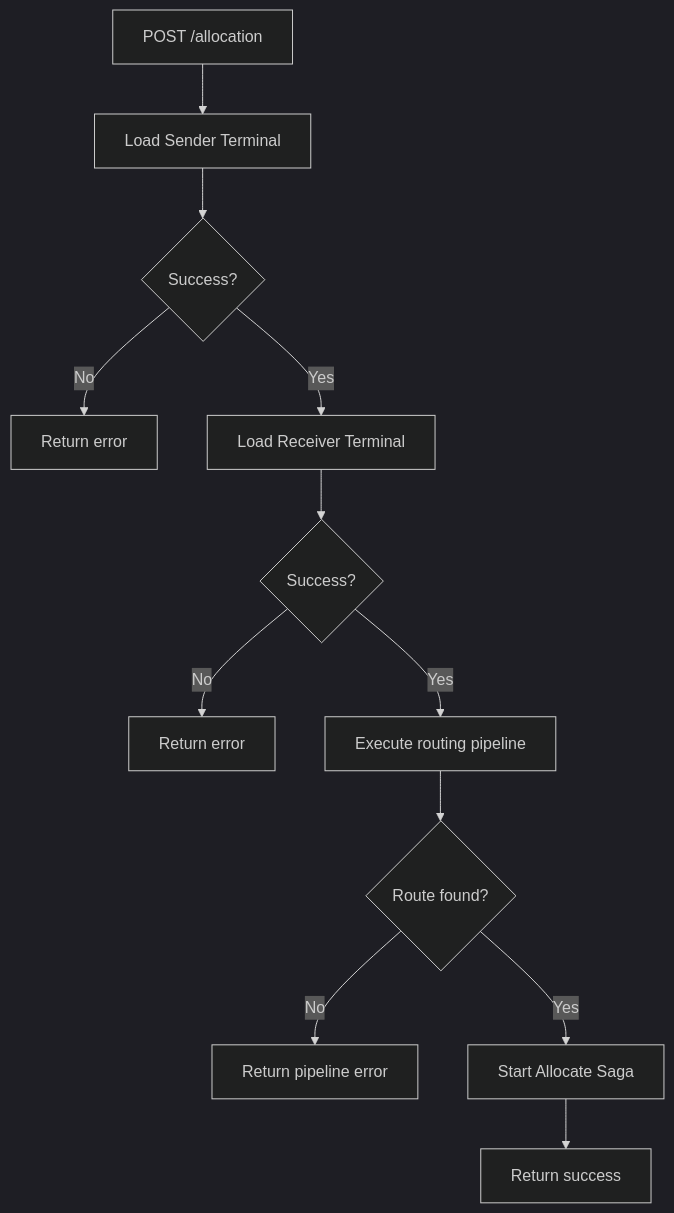
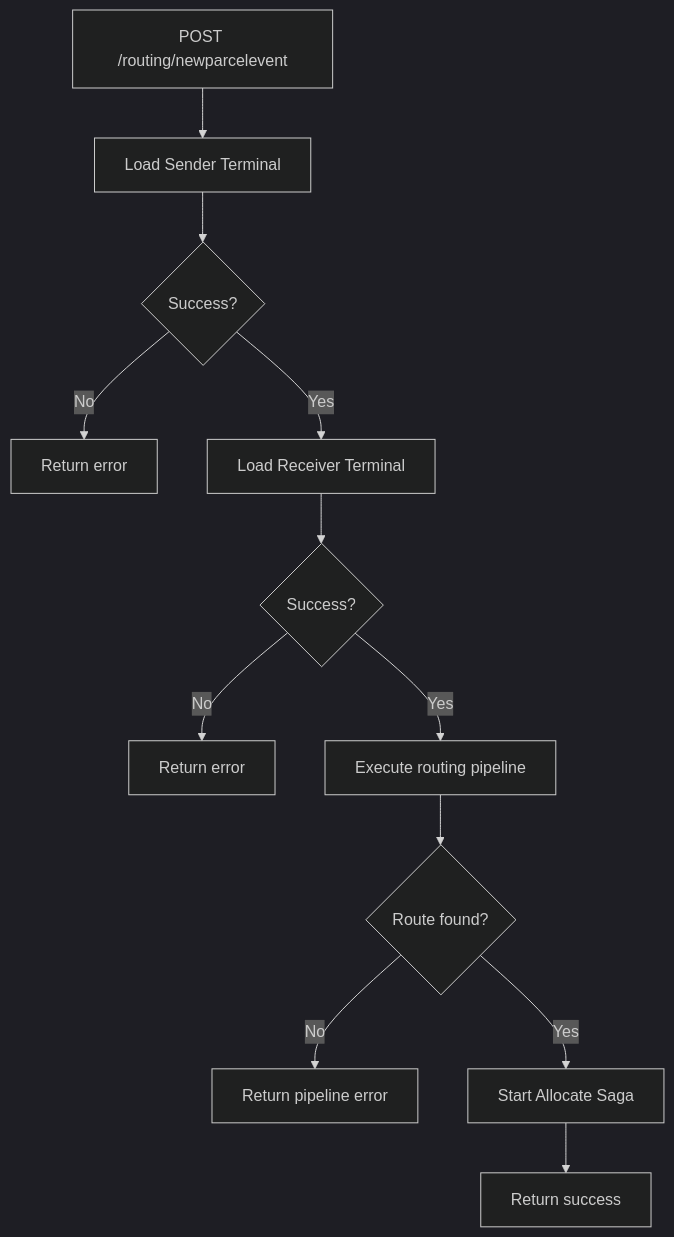
The first of 6 diagrams in src/RoutingService/README.md (MikkelRLarsen/TheParcelApplication), drawn with Mermaid (dark theme) before and after one commit. The commit also changed other lines of this file, not shown here.

Commit message:
Added flow example

````diff
--- a/src/RoutingService/README.md
+++ b/src/RoutingService/README.md
@@ -44,20 +44,20 @@
 ```mermaid
 flowchart TD
-    A[POST /allocation] --> B[Load Sender Terminal]
+    A[POST /routing/newparcelevent] --> B[Load Sender Terminal]
 
     B --> C{Success?}
     C -- No --> C1[Return error]
 
     C -- Yes --> D[Load Receiver Terminal]
 
     D --> E{Success?}
     E -- No --> E1[Return error]
 
     E -- Yes --> F[Execute routing pipeline]
 
     F --> G{Route found?}
     G -- No --> G1[Return pipeline error]
 
     G -- Yes --> H[Start Allocate Saga]
     H --> I[Return success]
 ```
````
